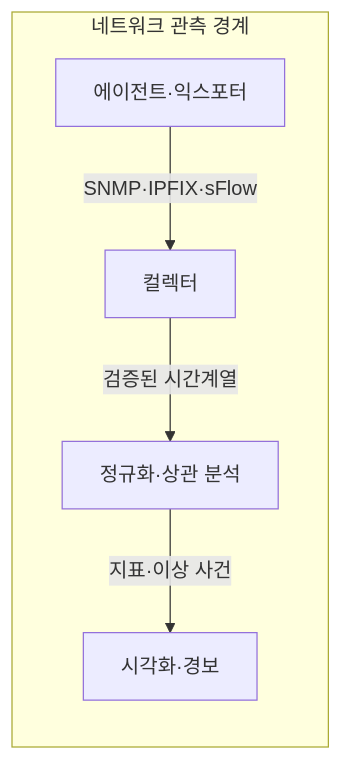
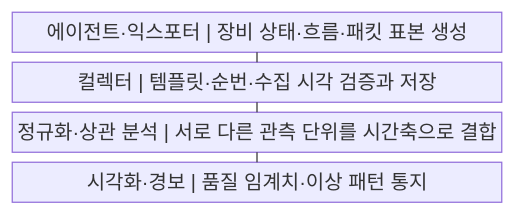
Before and after one commit to agnusdei1207/knowledge-base: the first of 2 diagrams in src/content/docs/notes/04-network/074_network_monitoring_snmp_netflow.md, drawn with Mermaid. The commit also changed other lines of this file and 20 other files, not shown here.

````diff
--- a/src/content/docs/notes/04-network/074_network_monitoring_snmp_netflow.md
+++ b/src/content/docs/notes/04-network/074_network_monitoring_snmp_netflow.md
@@ -54,12 +55,11 @@
 ```mermaid
-flowchart LR
-    subgraph M[네트워크 관측 경계]
-        SRC[에이전트·익스포터]
-        COL[컬렉터]
-        ANA[정규화·상관 분석]
-        VIS[시각화·경보]
-        SRC -->|SNMP·IPFIX·sFlow| COL
-        COL -->|검증된 시간계열| ANA
-        ANA -->|지표·이상 사건| VIS
-    end
+block
+    columns 1
+    A["에이전트·익스포터 | 장비 상태·흐름·패킷 표본 생성"]
+    B["컬렉터 | 템플릿·순번·수집 시각 검증과 저장"]
+    C["정규화·상관 분석 | 서로 다른 관측 단위를 시간축으로 결합"]
+    D["시각화·경보 | 품질 임계치·이상 패턴 통지"]
+    A --- B
+    B --- C
+    C --- D
 ```
````
